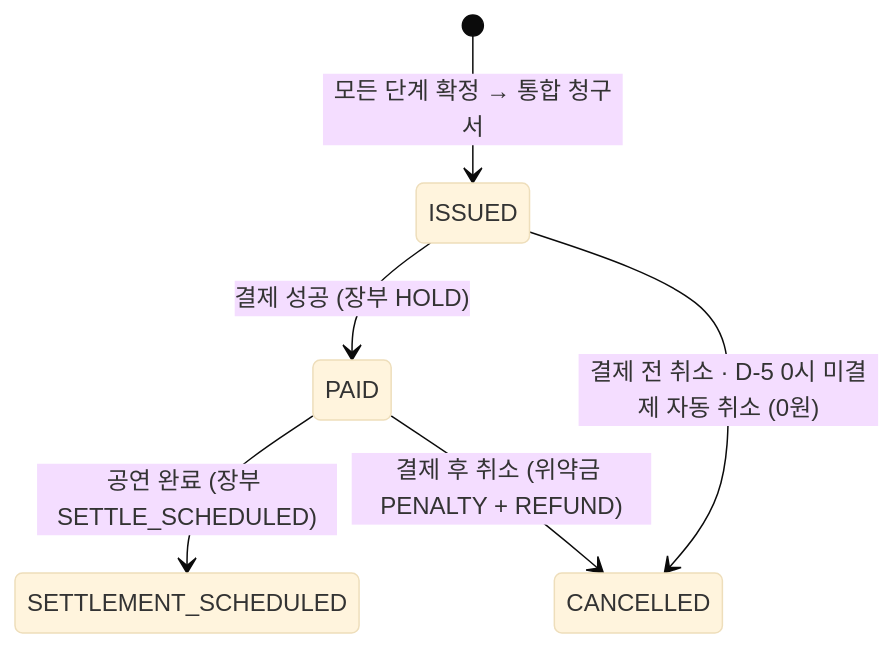
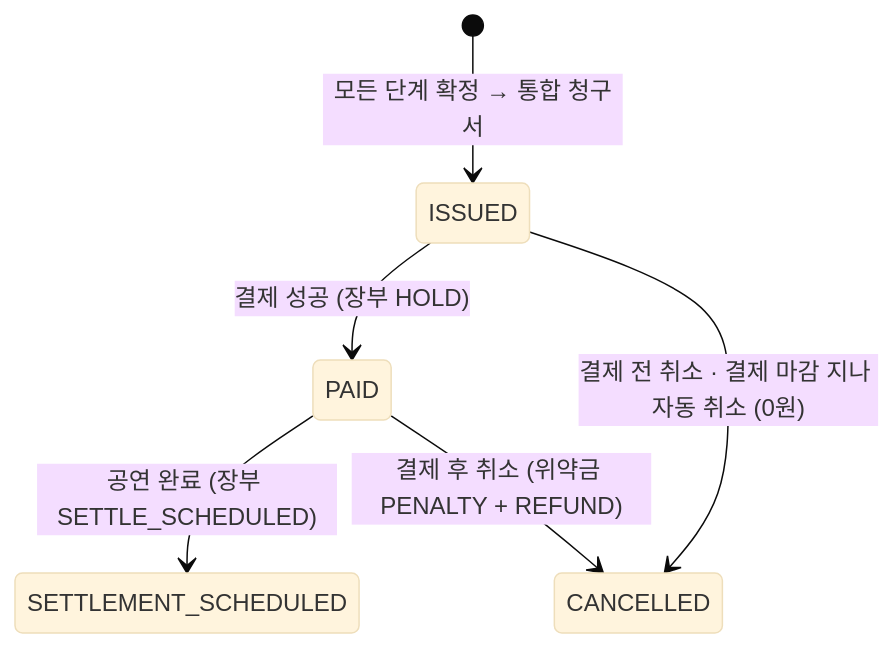
The third of 3 diagrams in specs/plan.md (KHW1003/stage-duck), drawn with Mermaid (base theme) before and after one commit. The commit also changed other lines of this file and 17 other files, not shown here.

````diff
--- a/specs/plan.md
+++ b/specs/plan.md
@@ -165,8 +165,8 @@
 ```mermaid
 stateDiagram-v2
     [*] --> ISSUED: 모든 단계 확정 → 통합 청구서
     ISSUED --> PAID: 결제 성공 (장부 HOLD)
-    ISSUED --> CANCELLED: 결제 전 취소 · D-5 0시 미결제 자동 취소 (0원)
+    ISSUED --> CANCELLED: 결제 전 취소 · 결제 마감 지나 자동 취소 (0원)
     PAID --> SETTLEMENT_SCHEDULED: 공연 완료 (장부 SETTLE_SCHEDULED)
     PAID --> CANCELLED: 결제 후 취소 (위약금 PENALTY + REFUND)
 ```
````
